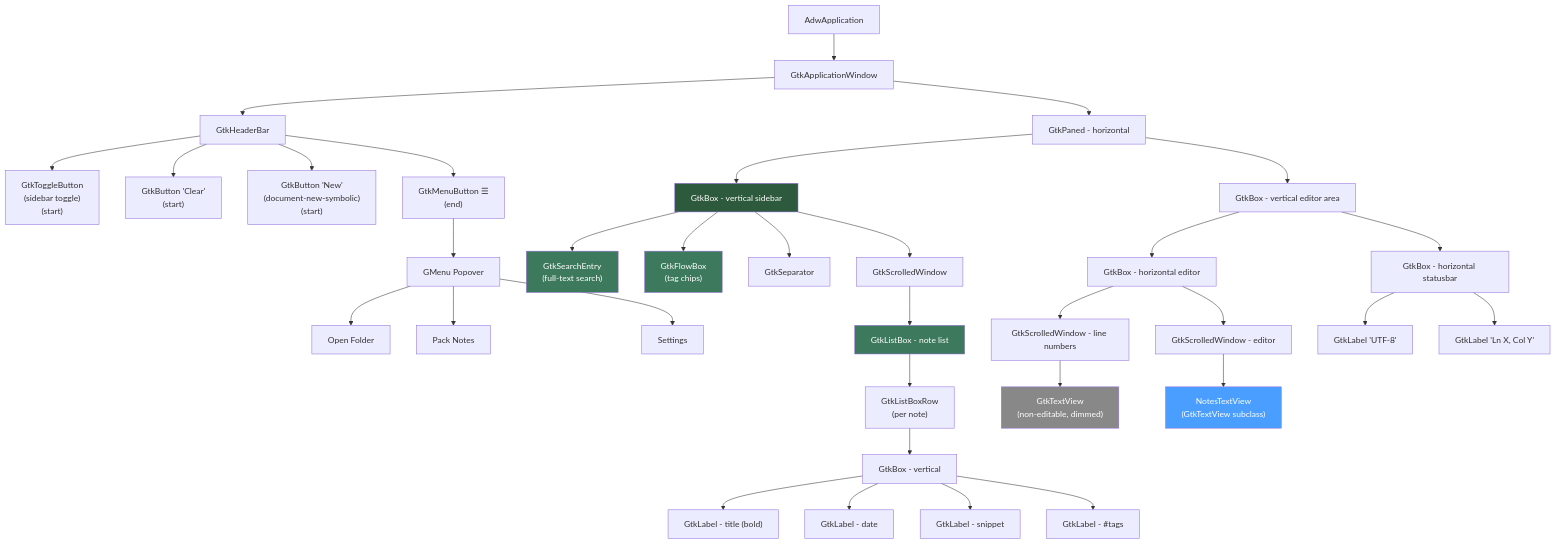
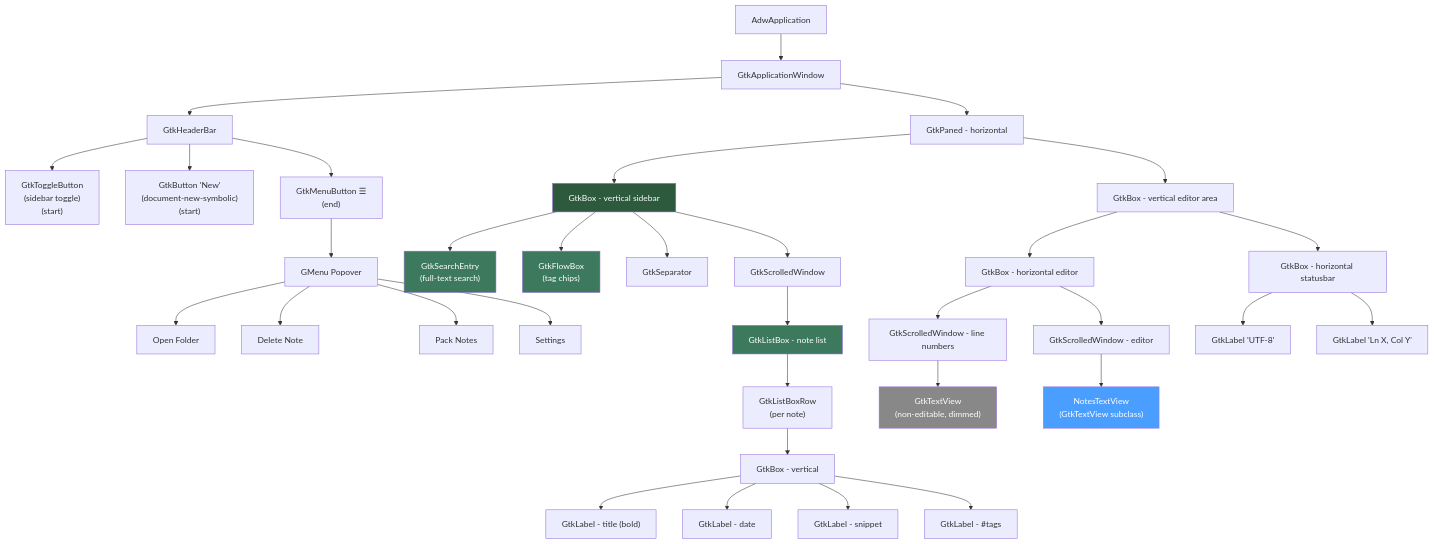
One commit to dkrse/notes-desktop changed the first of 7 diagrams in docs/diagrams.md. Above: the diagram before and after it, drawn with Mermaid. The commit also changed other lines of this file and 13 other files, not shown here.

````diff
--- a/docs/diagrams.md
+++ b/docs/diagrams.md
@@ -5,49 +5,49 @@
 ```mermaid
 graph TD
     A[AdwApplication] --> B[GtkApplicationWindow]
     B --> C[GtkHeaderBar]
     B --> P[GtkPaned - horizontal]
 
     C --> C0["GtkToggleButton<br/>(sidebar toggle)<br/>(start)"]
-    C --> C1["GtkButton 'Clear'<br/>(start)"]
     C --> C4["GtkButton 'New'<br/>(document-new-symbolic)<br/>(start)"]
     C --> C2["GtkMenuButton ☰<br/>(end)"]
     C2 --> C3[GMenu Popover]
     C3 --> C3a["Open Folder"]
+    C3 --> C3d["Delete Note"]
     C3 --> C3b["Pack Notes"]
     C3 --> C3c["Settings"]
 
     P --> SB[GtkBox - vertical sidebar]
     P --> EV[GtkBox - vertical editor area]
 
     SB --> SE["GtkSearchEntry<br/>(full-text search)"]
     SB --> TF["GtkFlowBox<br/>(tag chips)"]
     SB --> SP[GtkSeparator]
     SB --> LS[GtkScrolledWindow]
     LS --> LB[GtkListBox - note list]
     LB --> LR["GtkListBoxRow<br/>(per note)"]
     LR --> NB["GtkBox - vertical"]
     NB --> NT["GtkLabel - title (bold)"]
     NB --> ND["GtkLabel - date"]
     NB --> NS["GtkLabel - snippet"]
     NB --> NG["GtkLabel - #tags"]
 
     EV --> E[GtkBox - horizontal editor]
     EV --> F[GtkBox - horizontal statusbar]
 
     E --> G[GtkScrolledWindow - line numbers]
     E --> H[GtkScrolledWindow - editor]
 
     G --> G1["GtkTextView<br/>(non-editable, dimmed)"]
     H --> H1["NotesTextView<br/>(GtkTextView subclass)"]
 
     F --> F1["GtkLabel 'UTF-8'"]
     F --> F2["GtkLabel 'Ln X, Col Y'"]
 
     style H1 fill:#4a9eff,color:#fff
     style G1 fill:#888,color:#fff
     style SB fill:#2d5a3d,color:#fff
     style SE fill:#3d7a5d,color:#fff
     style TF fill:#3d7a5d,color:#fff
     style LB fill:#3d7a5d,color:#fff
 ```
````
